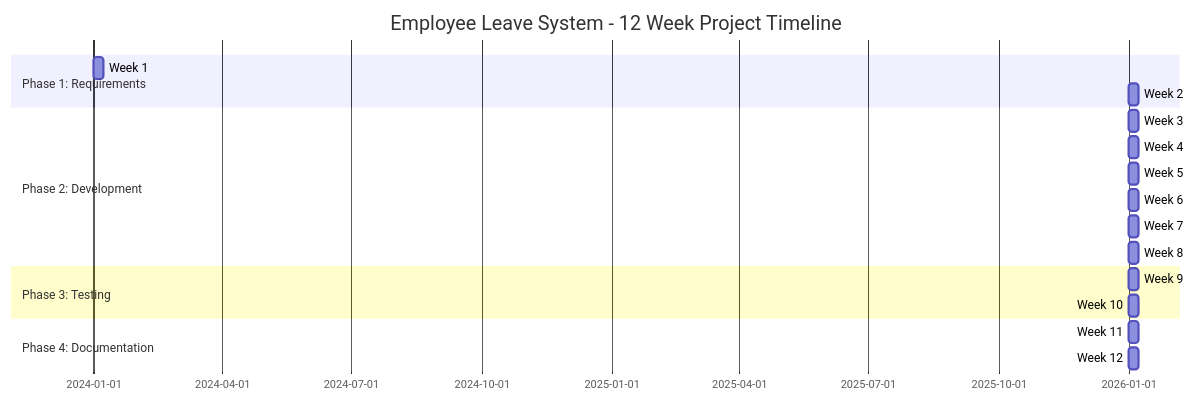
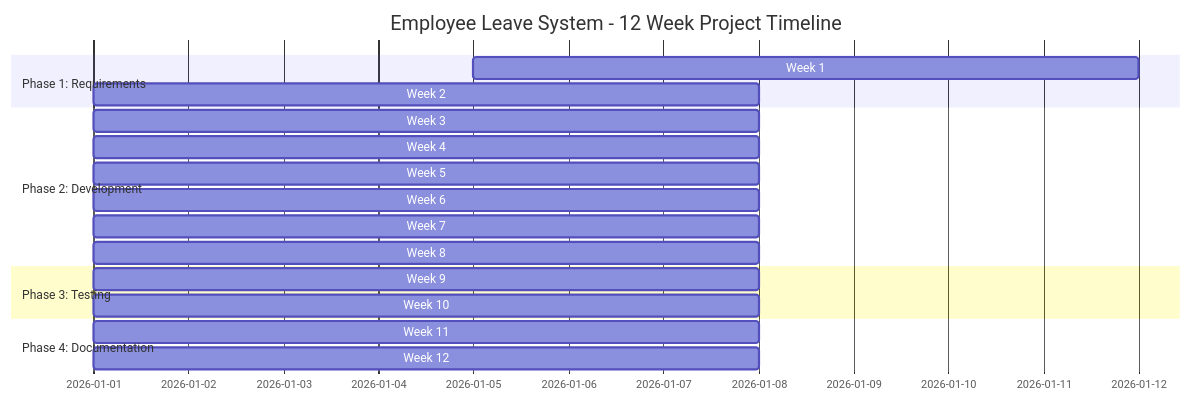
One commit to iouthnamain/tech-note changed the first of 3 diagrams in SAP-Guides/Capstone/Employee-Leave-System/00_Project_Overview.md. Above: the diagram before and after it, drawn with Mermaid. The commit also changed other lines of this file and 96 other files, not shown here.

````diff
--- a/SAP-Guides/Capstone/Employee-Leave-System/00_Project_Overview.md
+++ b/SAP-Guides/Capstone/Employee-Leave-System/00_Project_Overview.md
@@ -204,21 +204,21 @@
 ```mermaid
 gantt
     title Employee Leave System - 12 Week Project Timeline
     dateFormat YYYY-MM-DD
     section Phase 1: Requirements
-    Week 1: Requirements Gathering    :a1, 2024-01-01, 7d
+    Week 1: Requirements Gathering    :a1, 2026-01-05, 7d
     Week 2: Detailed Design           :a2, after a1, 7d
     section Phase 2: Development
     Week 3: Foundation & Data Model    :b1, after a2, 7d
     Week 4: Core Functionality         :b2, after b1, 7d
     Week 5: Workflow Implementation    :b3, after b2, 7d
     Week 6: History & Filtering        :b4, after b3, 7d
     Week 7: Reporting & Statistics     :b5, after b4, 7d
     Week 8: Forms & Integration         :b6, after b5, 7d
     section Phase 3: Testing
     Week 9: Comprehensive Testing      :c1, after b6, 7d
     Week 10: UAT & Refinement          :c2, after c1, 7d
     section Phase 4: Documentation
     Week 11: Documentation              :d1, after c2, 7d
     Week 12: Presentation              :d2, after d1, 7d
 ```
````
